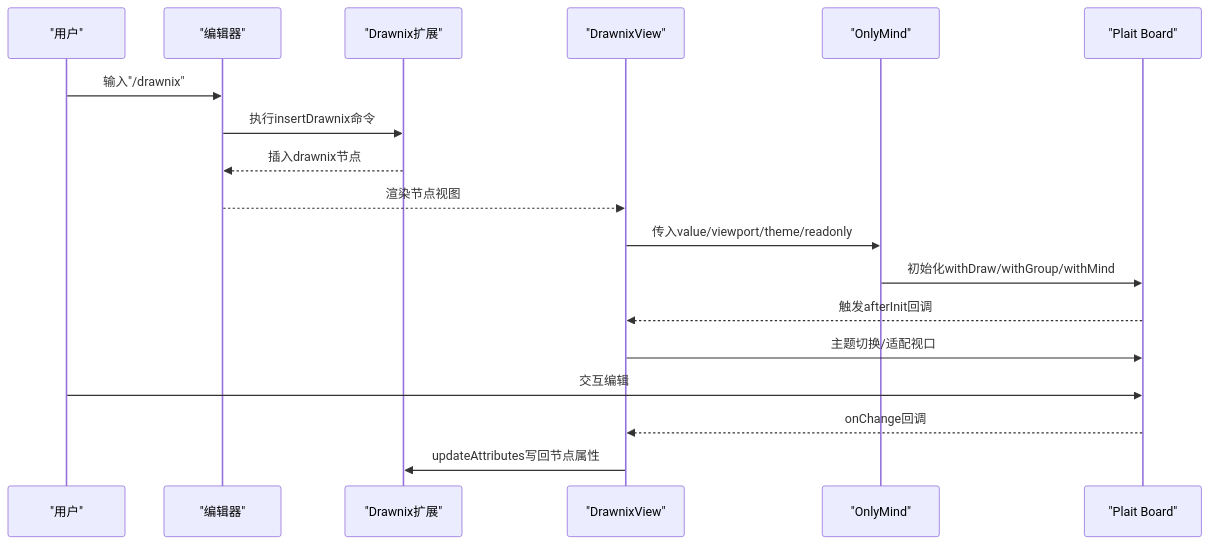
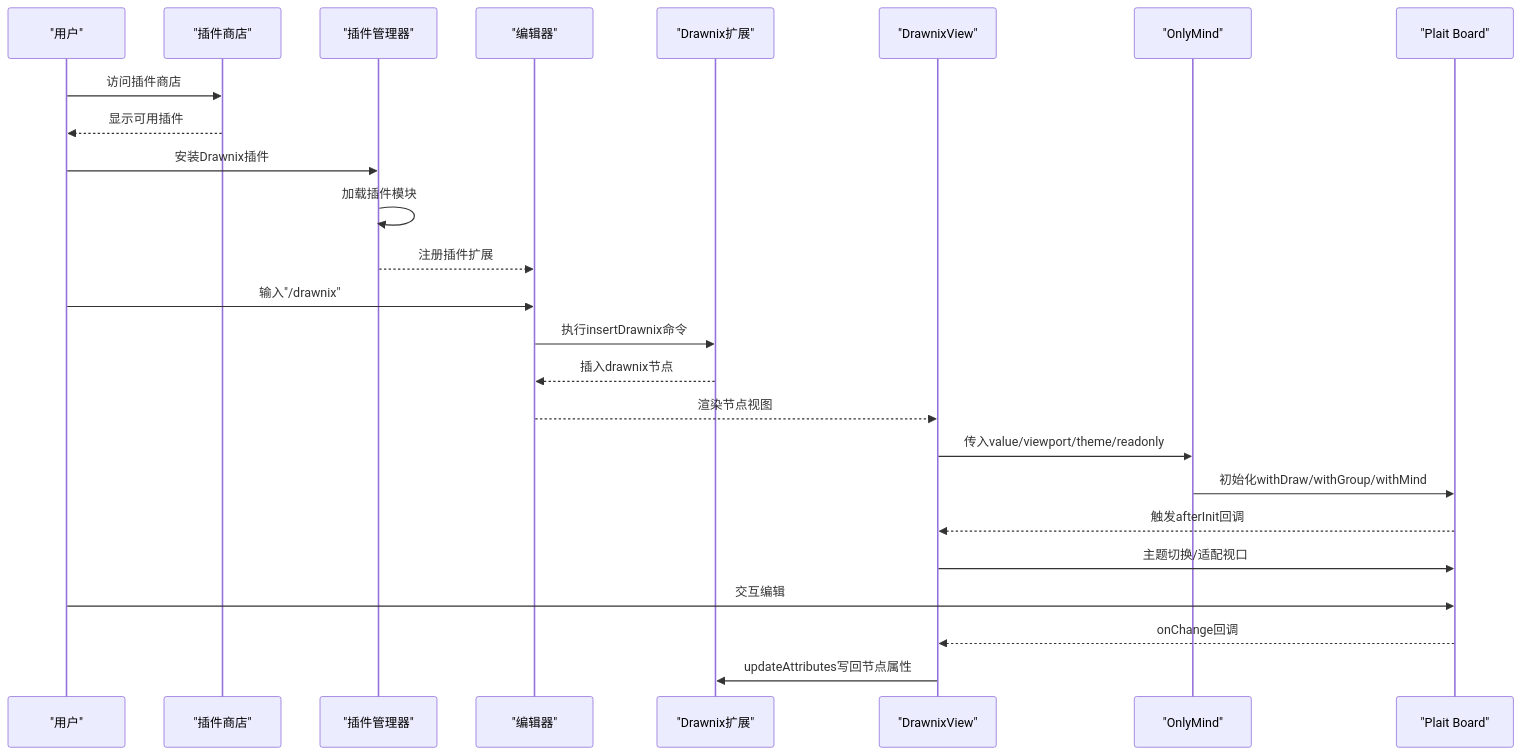
The third of 9 diagrams in .qoder/repowiki/zh/content/功能模块/绘图插件/Drawnix思维导图插件.md (LRF0422/Kotion), drawn with Mermaid before and after one commit. The commit also changed other lines of this file and 75 other files, not shown here.

````diff
--- a/.qoder/repowiki/zh/content/功能模块/绘图插件/Drawnix思维导图插件.md
+++ b/.qoder/repowiki/zh/content/功能模块/绘图插件/Drawnix思维导图插件.md
@@ -133,20 +180,27 @@
 ```mermaid
 sequenceDiagram
 participant U as "用户"
+participant PS as "插件商店"
+participant PM as "插件管理器"
 participant E as "编辑器"
 participant X as "Drawnix扩展"
 participant V as "DrawnixView"
 participant M as "OnlyMind"
 participant B as "Plait Board"
+U->>PS : 访问插件商店
+PS-->>U : 显示可用插件
+U->>PM : 安装Drawnix插件
+PM->>PM : 加载插件模块
+PM-->>E : 注册插件扩展
 U->>E : 输入"/drawnix"
 E->>X : 执行insertDrawnix命令
 X-->>E : 插入drawnix节点
 E-->>V : 渲染节点视图
 V->>M : 传入value/viewport/theme/readonly
 M->>B : 初始化withDraw/withGroup/withMind
 B-->>V : 触发afterInit回调
 V->>B : 主题切换/适配视口
 U->>B : 交互编辑
 B-->>V : onChange回调
 V->>X : updateAttributes写回节点属性
 ```
````
